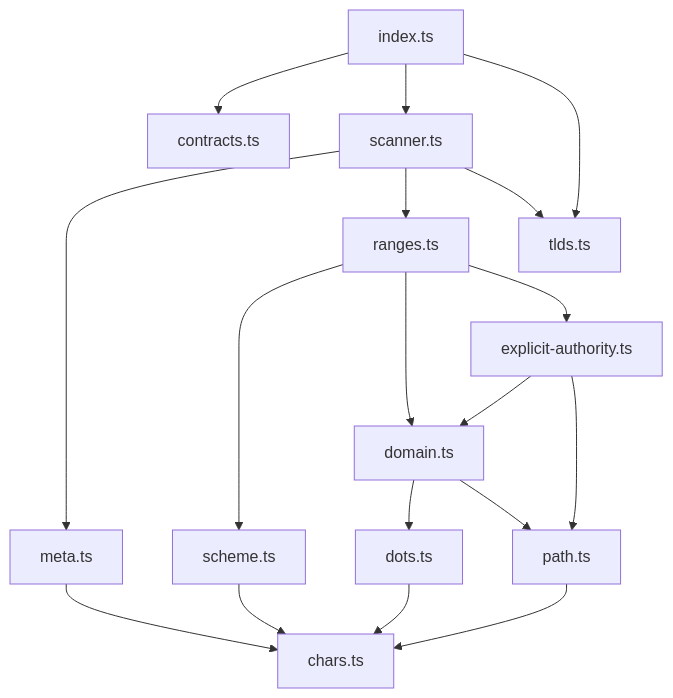
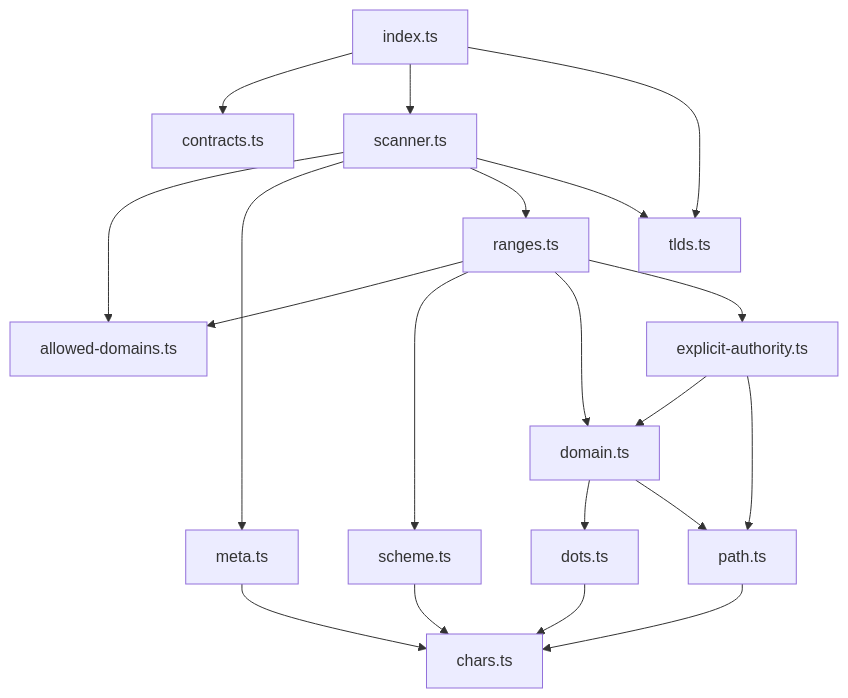
Before and after one commit to textfilters/textfilters: the second of 2 diagrams in docs/architecture.md, drawn with Mermaid. The commit also changed other lines of this file and 8 other files, not shown here.

````diff
--- a/docs/architecture.md
+++ b/docs/architecture.md
@@ -41,20 +49,22 @@
 ```mermaid
 graph TD
   index["index.ts"] --> contracts["contracts.ts"]
   index --> scanner["scanner.ts"]
   index --> tlds["tlds.ts"]
+  scanner --> allowed["allowed-domains.ts"]
   scanner --> meta["meta.ts"]
   scanner --> ranges["ranges.ts"]
   scanner --> tlds
+  ranges --> allowed
   ranges --> scheme["scheme.ts"]
   ranges --> domain["domain.ts"]
   ranges --> explicit["explicit-authority.ts"]
   explicit --> domain
   explicit --> path["path.ts"]
   domain --> dots["dots.ts"]
   domain --> path
   scheme --> chars["chars.ts"]
   dots --> chars
   meta --> chars
   path --> chars
 ```
````
